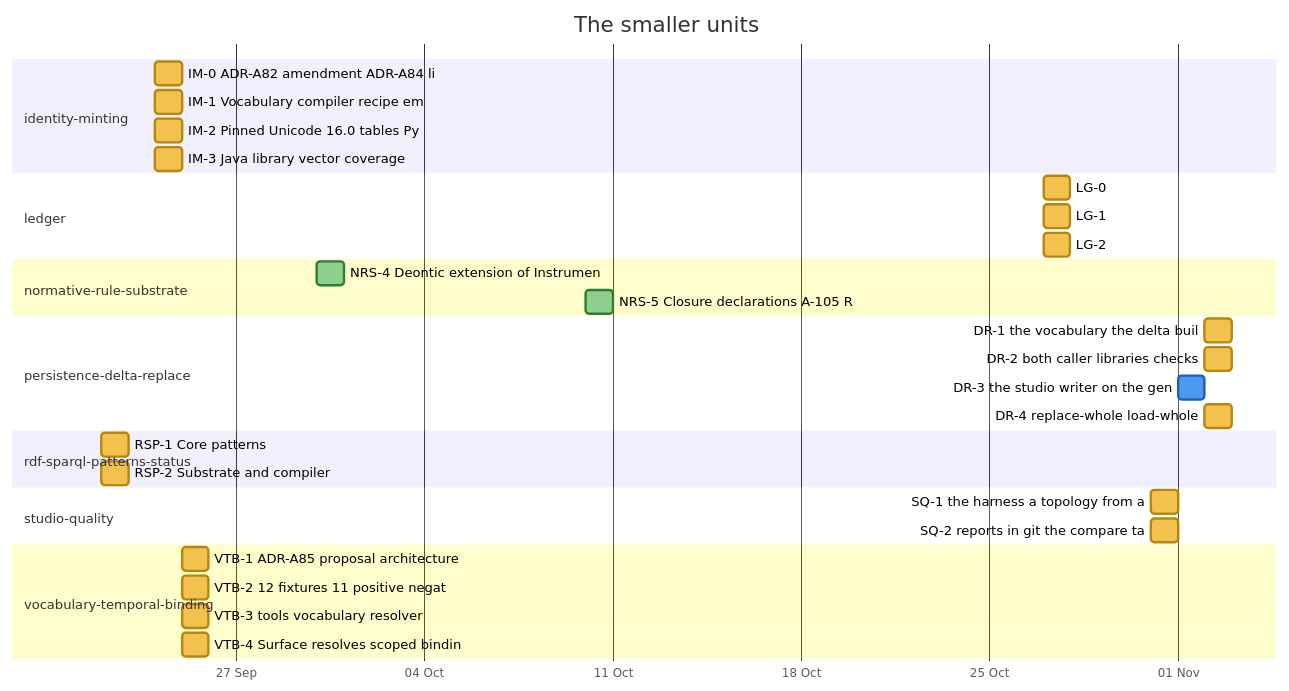
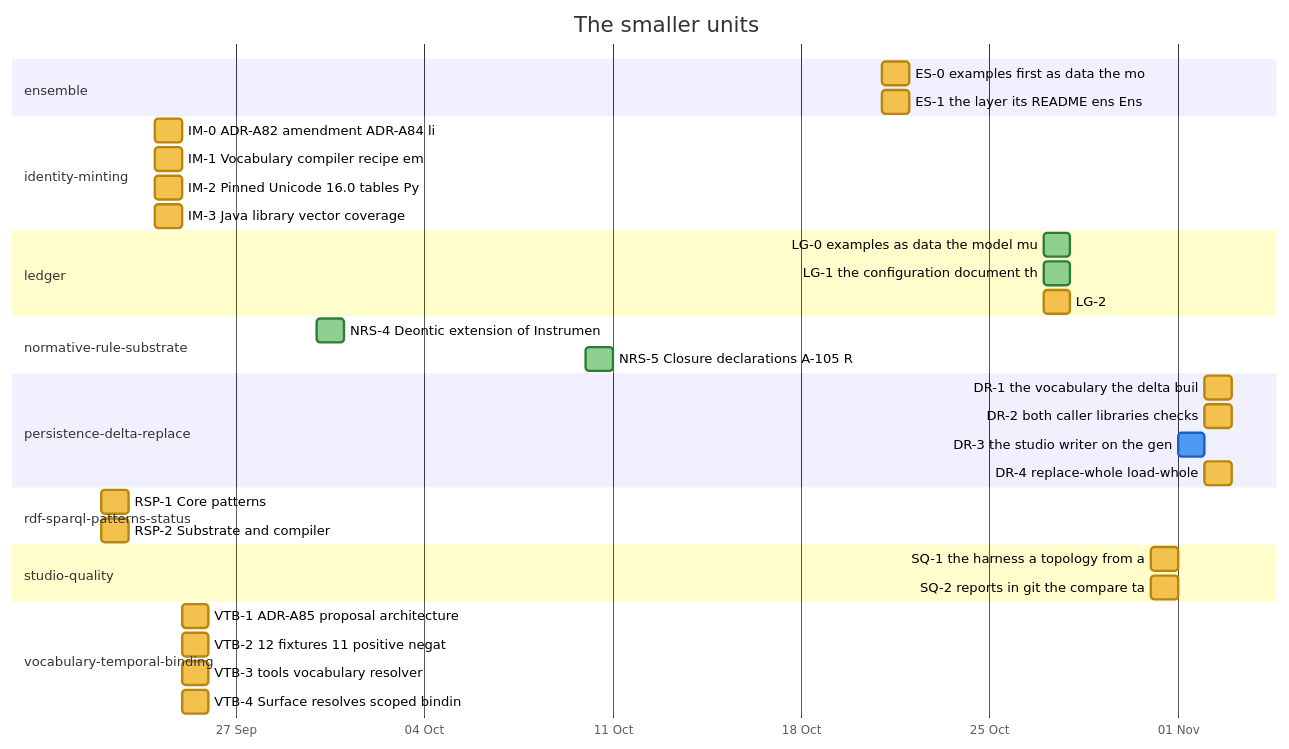
Diagram 16 of 25 in docs/developer/ROADMAP.md (nebularis/lattice), drawn with Mermaid before and after one commit. The commit also changed other lines of this file and 6 other files, not shown here.

````diff
--- a/docs/developer/ROADMAP.md
+++ b/docs/developer/ROADMAP.md
@@ -470,35 +456,38 @@
 ```mermaid
 %%{init: {"themeVariables": {"taskBkgColor": "#f2c14e", "taskBorderColor": "#b8860b", "taskTextColor": "#000000", "activeTaskBkgColor": "#4e9af1", "activeTaskBorderColor": "#1f5fbf", "activeTaskBorderColor": "#1f5fbf", "doneTaskBkgColor": "#8fcf8f", "doneTaskBorderColor": "#2f7d32", "critBkgColor": "#f28b82", "critBorderColor": "#b23a30", "taskTextDarkColor": "#000000", "taskTextLightColor": "#000000"}}}%%
 gantt
     title The smaller units
     dateFormat YYYY-MM-DD
     axisFormat %d %b
+    section ensemble
+    ES-0 examples first as data the mo :es0, 2026-10-21, 2026-10-22
+    ES-1 the layer its README ens Ens :es1, 2026-10-21, 2026-10-22
     section identity-minting
     IM-0 ADR-A82 amendment ADR-A84 li :im0, 2026-09-24, 2026-09-25
     IM-1 Vocabulary compiler recipe em :im1, 2026-09-24, 2026-09-25
     IM-2 Pinned Unicode 16.0 tables Py :im2, 2026-09-24, 2026-09-25
     IM-3 Java library vector coverage :im3, 2026-09-24, 2026-09-25
     section ledger
-    LG-0 :lg0, 2026-10-27, 2026-10-28
-    LG-1 :lg1, 2026-10-27, 2026-10-28
+    LG-0 examples as data the model mu :done, lg0, 2026-10-27, 2026-10-28
+    LG-1 the configuration document th :done, lg1, 2026-10-27, 2026-10-28
     LG-2 :lg2, 2026-10-27, 2026-10-28
     section normative-rule-substrate
     NRS-4 Deontic extension of Instrumen :done, nrs4, 2026-09-30, 2026-10-01
     NRS-5 Closure declarations A-105 R :done, nrs5, 2026-10-10, 2026-10-11
     section persistence-delta-replace
     DR-1 the vocabulary the delta buil :dr1, 2026-11-02, 2026-11-03
     DR-2 both caller libraries checks :dr2, 2026-11-02, 2026-11-03
     DR-3 the studio writer on the gen :active, dr3, 2026-11-01, 2026-11-02
     DR-4 replace-whole load-whole :dr4, 2026-11-02, 2026-11-03
     section rdf-sparql-patterns-status
     RSP-1 Core patterns :rsp1, 2026-09-22, 2026-09-23
     RSP-2 Substrate and compiler :rsp2, 2026-09-22, 2026-09-23
     section studio-quality
     SQ-1 the harness a topology from a :sq1, 2026-10-31, 2026-11-01
     SQ-2 reports in git the compare ta :sq2, 2026-10-31, 2026-11-01
     section vocabulary-temporal-binding
     VTB-1 ADR-A85 proposal architecture :vtb1, 2026-09-25, 2026-09-26
     VTB-2 12 fixtures 11 positive negat :vtb2, 2026-09-25, 2026-09-26
     VTB-3 tools vocabulary resolver :vtb3, 2026-09-25, 2026-09-26
     VTB-4 Surface resolves scoped bindin :vtb4, 2026-09-25, 2026-09-26
 ```
````
